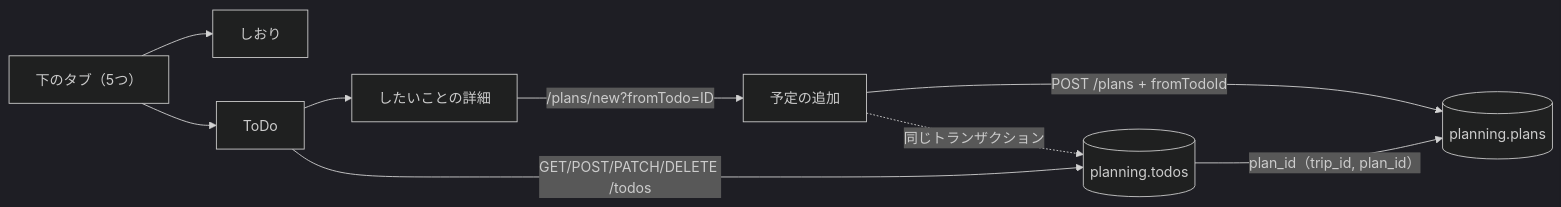
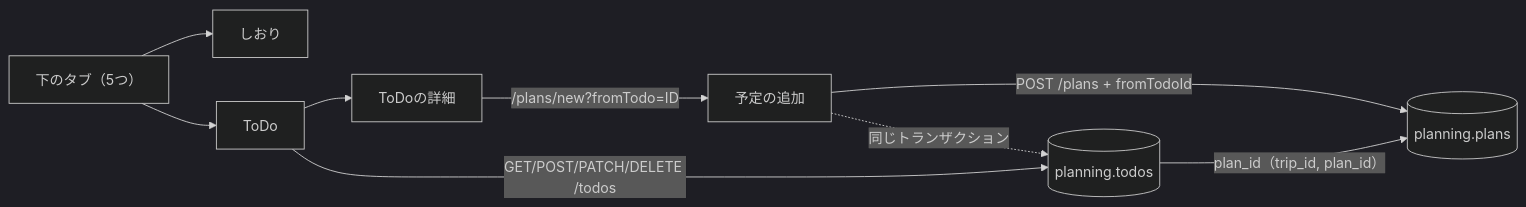
One commit to oze-xxbumpxx/Tomotabi changed the third of 4 diagrams in docs/designs/trip-todo.md. Above: the diagram before and after it, drawn with Mermaid (dark theme). The commit also changed other lines of this file and 4 other files, not shown here.

````diff
--- a/docs/designs/trip-todo.md
+++ b/docs/designs/trip-todo.md
@@ -66,10 +66,10 @@
 ```mermaid
 flowchart LR
   tab5["下のタブ（5つ）"] --> itin[しおり] & todo[ToDo]
-  todo --> tdetail[したいことの詳細]
+  todo --> tdetail[ToDoの詳細]
   tdetail -->|"/plans/new?fromTodo=ID"| form[予定の追加]
   form -->|"POST /plans + fromTodoId"| plans[(planning.plans)]
   form -.->|同じトランザクション| todos[(planning.todos)]
   todo -->|"GET/POST/PATCH/DELETE /todos"| todos
   todos -->|"plan_id（trip_id, plan_id）"| plans
 ```
````
